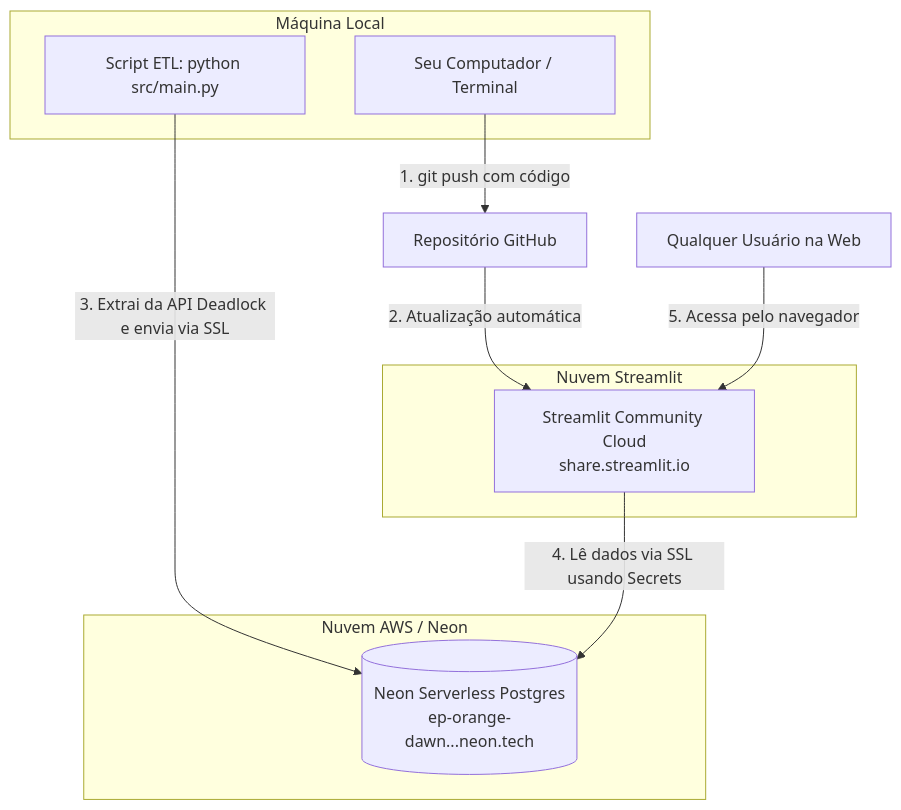
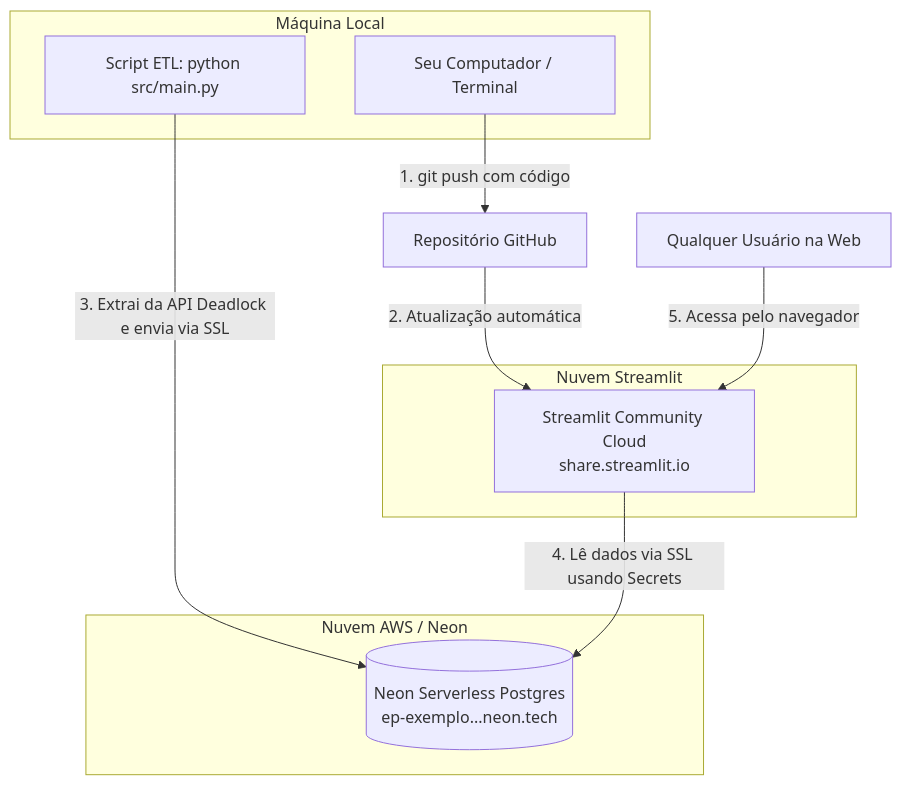
Before and after one commit to Pedro-Arthurbds/deadlock_analytics: the second of 3 diagrams in explicacao/README.md, drawn with Mermaid. The commit also changed other lines of this file and 5 other files, not shown here.

````diff
--- a/explicacao/README.md
+++ b/explicacao/README.md
@@ -41,21 +41,21 @@
 ```mermaid
 flowchart TD
     subgraph Máquina Local
         DEV[Seu Computador / Terminal]
         ETL[Script ETL: python src/main.py]
     end
 
     subgraph Nuvem AWS / Neon
-        NEON[(Neon Serverless Postgres\nep-orange-dawn...neon.tech)]
+        NEON[(Neon Serverless Postgres\nep-exemplo...neon.tech)]
     end
 
     subgraph Nuvem Streamlit
         CLOUD[Streamlit Community Cloud\nshare.streamlit.io]
     end
 
     DEV -->|1. git push com código| GITHUB[Repositório GitHub]
     GITHUB -->|2. Atualização automática| CLOUD
     ETL -->|3. Extrai da API Deadlock e envia via SSL| NEON
     CLOUD -->|4. Lê dados via SSL usando Secrets| NEON
     USER[Qualquer Usuário na Web] -->|5. Acessa pelo navegador| CLOUD
 ```
````
